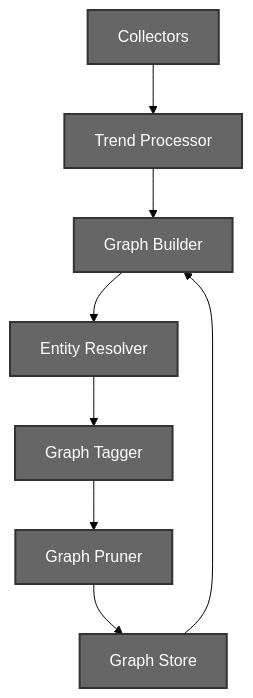
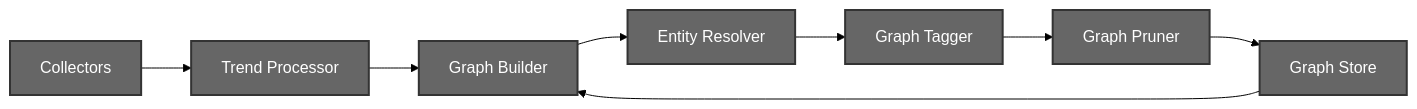
One commit to GlassHandle/Content-diffusion-simulator changed the first of 11 diagrams in documentation/Layer 1 (Trend Engine).md. Above: the diagram before and after it, drawn with Mermaid (forest theme). The commit also changed other lines of this file, not shown here.

````diff
--- a/documentation/Layer 1 (Trend Engine).md
+++ b/documentation/Layer 1 (Trend Engine).md
@@ -101,21 +101,21 @@
 ```mermaid
-flowchart TD
+flowchart LR
 
     A[Collectors]:::dark
     B[Trend Processor]:::dark
     C[Graph Builder]:::dark
     D[Entity Resolver]:::dark
     E[Graph Tagger]:::dark
     F[Graph Pruner]:::dark
     G[Graph Store]:::dark
 
     A --> B
     B --> C
     C --> D
     D --> E
     E --> F
     F --> G
 
     G --> C
     classDef dark fill:#666666,color:#ffffff,stroke:#333333,stroke-width:2px
 ```
````
